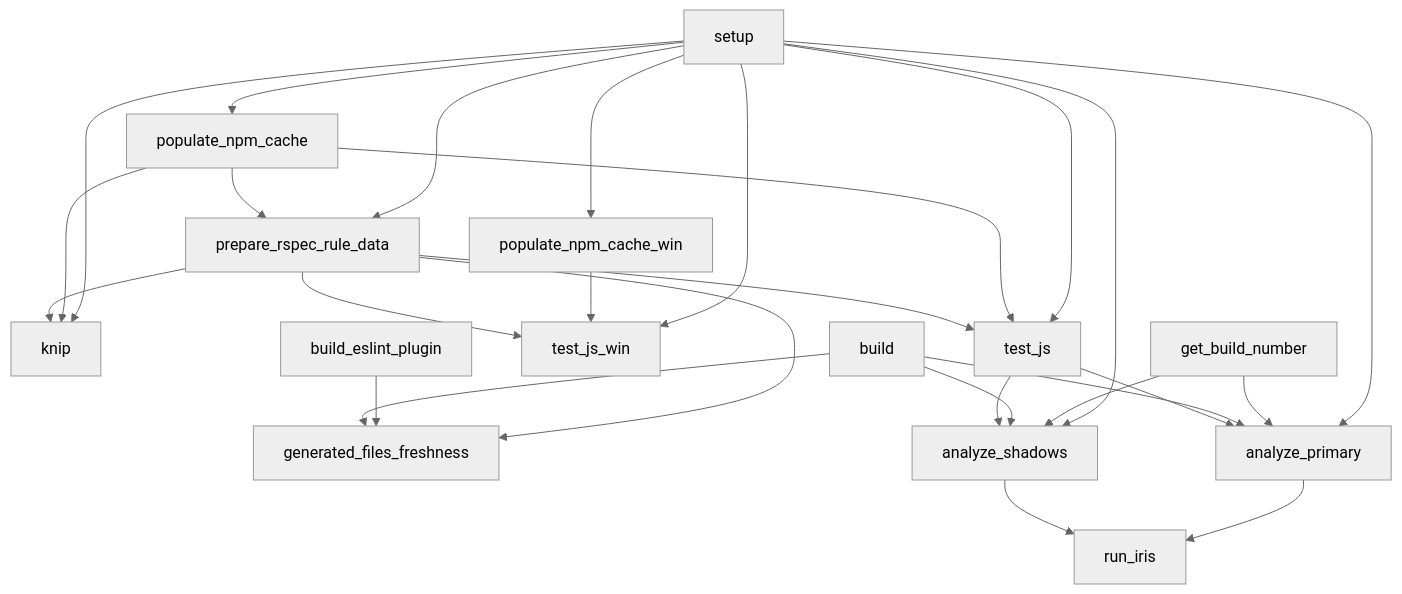
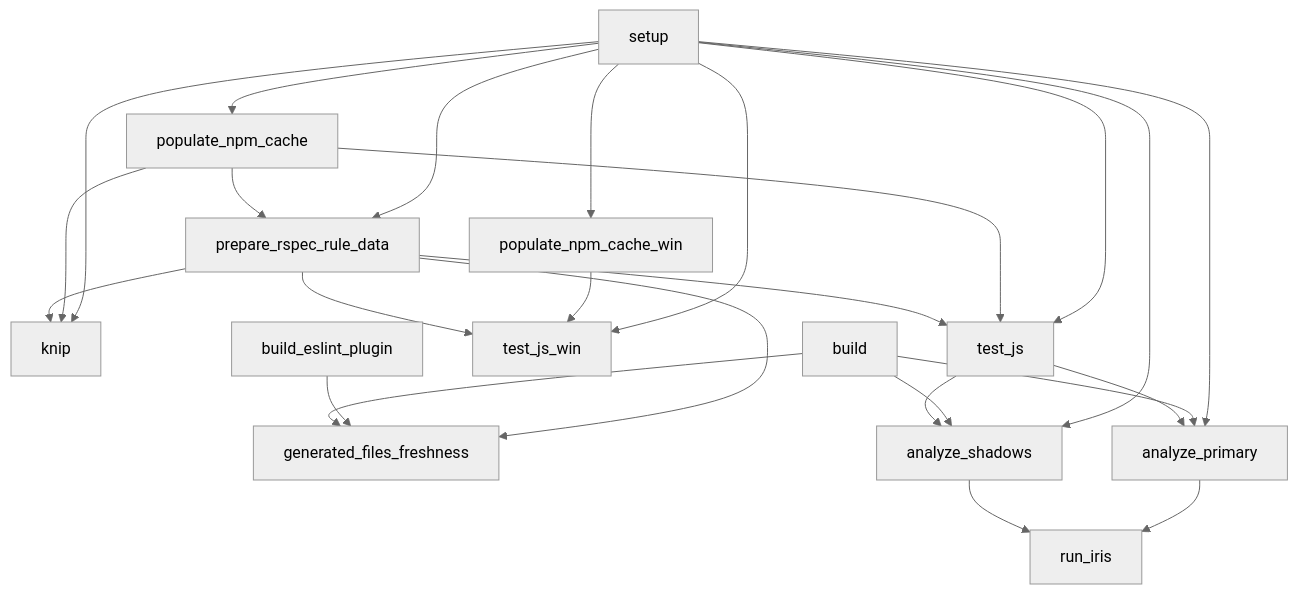
One commit to SonarSource/SonarJS changed the third of 4 diagrams in docs/CI.md. Above: the diagram before and after it, drawn with Mermaid (neutral theme). The commit also changed other lines of this file and 1 other file, not shown here.

````diff
--- a/docs/CI.md
+++ b/docs/CI.md
@@ -179,35 +172,33 @@
 ```mermaid
 flowchart TD
   setup["setup"] --> populate_npm_cache["populate_npm_cache"]
   setup --> populate_npm_cache_win["populate_npm_cache_win"]
   setup --> prepare_rspec_rule_data["prepare_rspec_rule_data"]
   populate_npm_cache --> prepare_rspec_rule_data
 
   setup --> knip["knip"]
   populate_npm_cache --> knip
   prepare_rspec_rule_data --> knip
 
   setup --> test_js["test_js"]
   populate_npm_cache --> test_js
   prepare_rspec_rule_data --> test_js
 
   setup --> test_js_win["test_js_win"]
   populate_npm_cache_win --> test_js_win
   prepare_rspec_rule_data --> test_js_win
 
   prepare_rspec_rule_data --> generated_files_freshness
   build_eslint_plugin["build_eslint_plugin"] --> generated_files_freshness["generated_files_freshness"]
   build --> generated_files_freshness
   setup --> analyze_primary["analyze_primary"]
-  get_build_number["get_build_number"] --> analyze_primary
   build["build"] --> analyze_primary
   test_js --> analyze_primary
 
   setup --> analyze_shadows["analyze_shadows"]
-  get_build_number --> analyze_shadows
   build --> analyze_shadows
   test_js --> analyze_shadows
 
   analyze_primary --> run_iris["run_iris"]
   analyze_shadows --> run_iris
 ```
````
